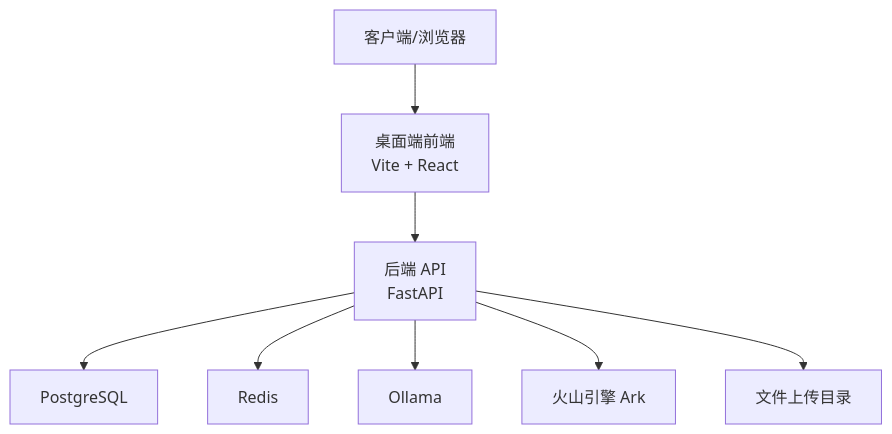
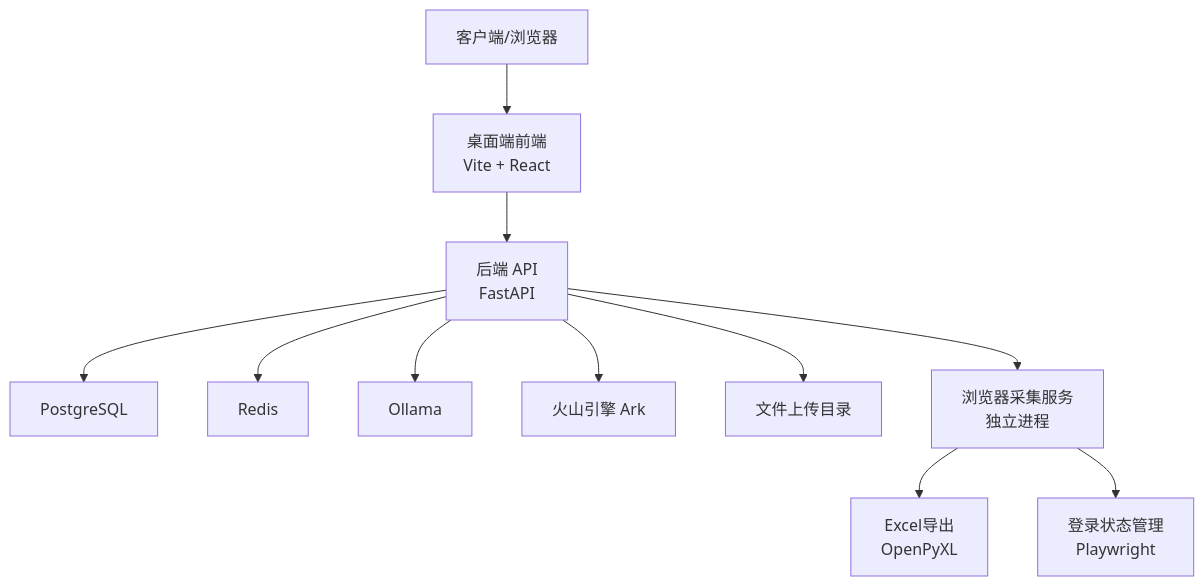
The second of 7 diagrams in .qoder/repowiki/zh/content/开发指南/开发指南.md (dream-ze/AI_huoke-), drawn with Mermaid before and after one commit. The commit also changed other lines of this file and 52 other files, not shown here.

````diff
--- a/.qoder/repowiki/zh/content/开发指南/开发指南.md
+++ b/.qoder/repowiki/zh/content/开发指南/开发指南.md
@@ -109,10 +136,13 @@
 ```mermaid
 graph TB
 Client["客户端/浏览器"] --> FE["桌面端前端<br/>Vite + React"]
 FE --> API["后端 API<br/>FastAPI"]
 API --> DB["PostgreSQL"]
 API --> RedisS["Redis"]
 API --> OllamaS["Ollama"]
 API --> Volcano["火山引擎 Ark"]
 API --> FS["文件上传目录"]
+API --> Collector["浏览器采集服务<br/>独立进程"]
+Collector --> Excel["Excel导出<br/>OpenPyXL"]
+Collector --> Login["登录状态管理<br/>Playwright"]
 ```
````
